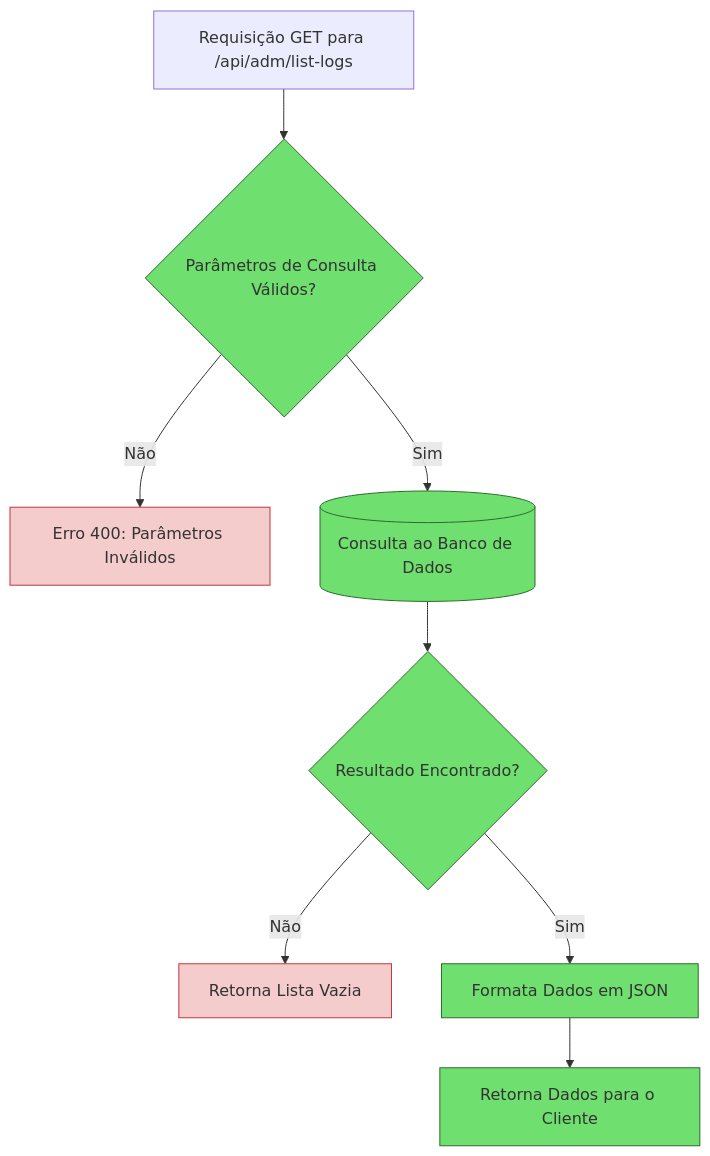
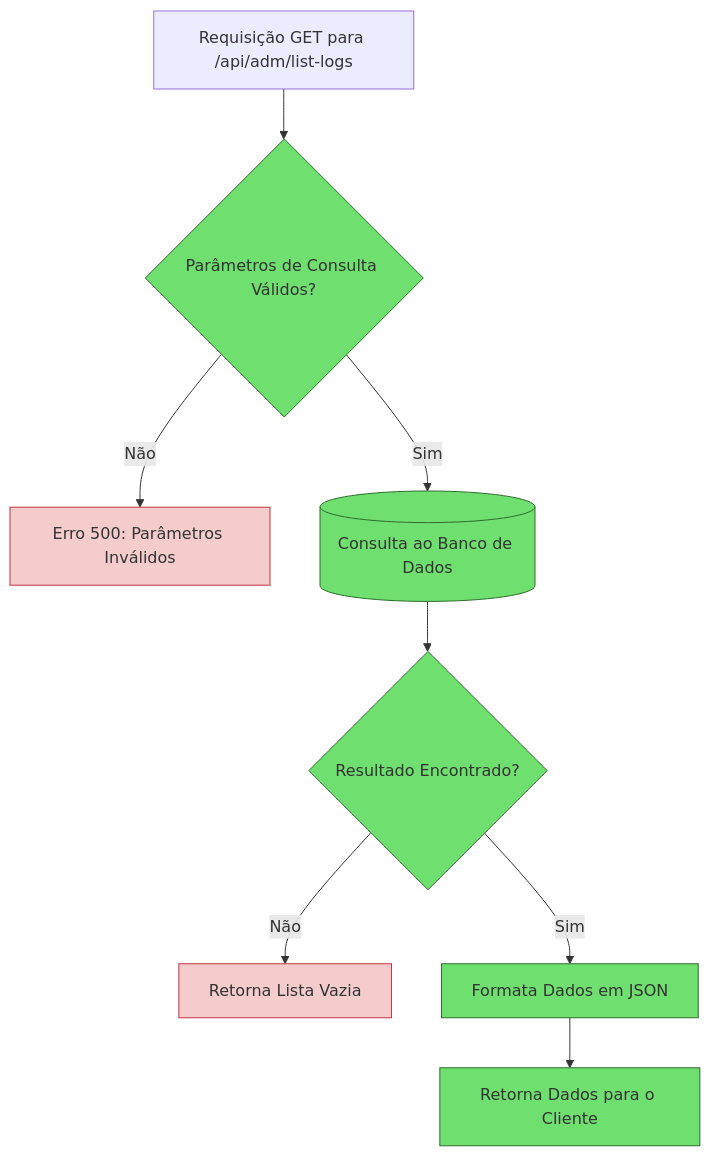
The third of 3 diagrams in README.md (Jeffrs123/consulta-cep), drawn with Mermaid before and after one commit.

Commit message:
Diagrams added to Readme.md

````diff
--- a/README.md
+++ b/README.md
@@ -232,21 +232,21 @@
 ```mermaid
     flowchart TD
         A[Requisição GET para /api/adm/list-logs] --> ValidaParametros{Parâmetros de Consulta Válidos?}
-        ValidaParametros -- Não --> Erro400[Erro 400: Parâmetros Inválidos]
+        ValidaParametros -- Não --> Erro500[Erro 500: Parâmetros Inválidos]
         ValidaParametros -- Sim --> ConsultaBanco[(Consulta ao Banco de Dados)]
         ConsultaBanco --> VerificaResultado{Resultado Encontrado?}
         VerificaResultado -- Não --> RetornaVazio[Retorna Lista Vazia]
         VerificaResultado -- Sim --> FormataResposta[Formata Dados em JSON]
         FormataResposta --> RetornaResposta[Retorna Dados para o Cliente]
 
         
     classDef valid fill:#6fdf6f,stroke:#2d6d2b;
     classDef invalid fill:#f4cccc,stroke:#c4353e;
     class ValidaParametros valid;
-    class Erro400 invalid;
+    class Erro500 invalid;
     class ConsultaBanco valid;
     class VerificaResultado valid;
     class RetornaVazio invalid;
     class FormataResposta valid;
     class RetornaResposta valid;
 ```
````
